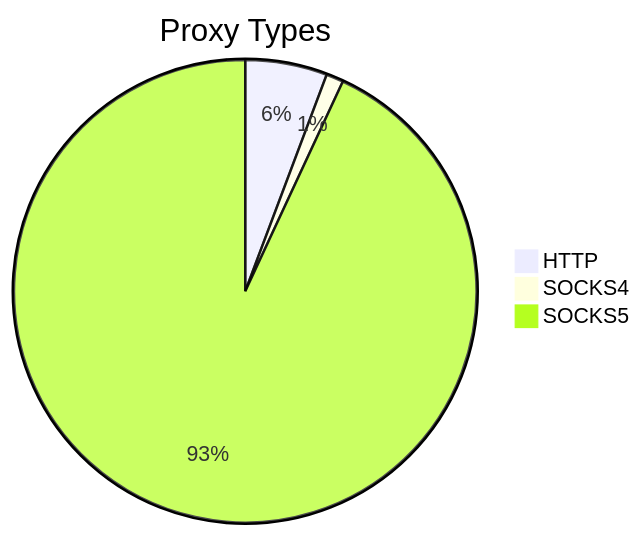
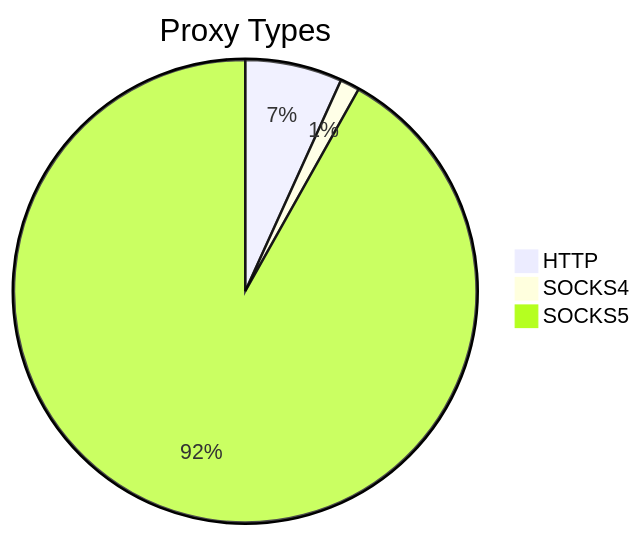
The first of 2 diagrams in README.md (stormsia/proxy-list), drawn with Mermaid before and after one commit. The commit also changed other lines of this file, not shown here.

````diff
--- a/README.md
+++ b/README.md
@@ -21,6 +21,6 @@
 ```mermaid
 pie title Proxy Types
     "HTTP" : 493
-    "SOCKS4" : 104
-    "SOCKS5" : 8016
+    "SOCKS4" : 99
+    "SOCKS5" : 6682
 ```
````
